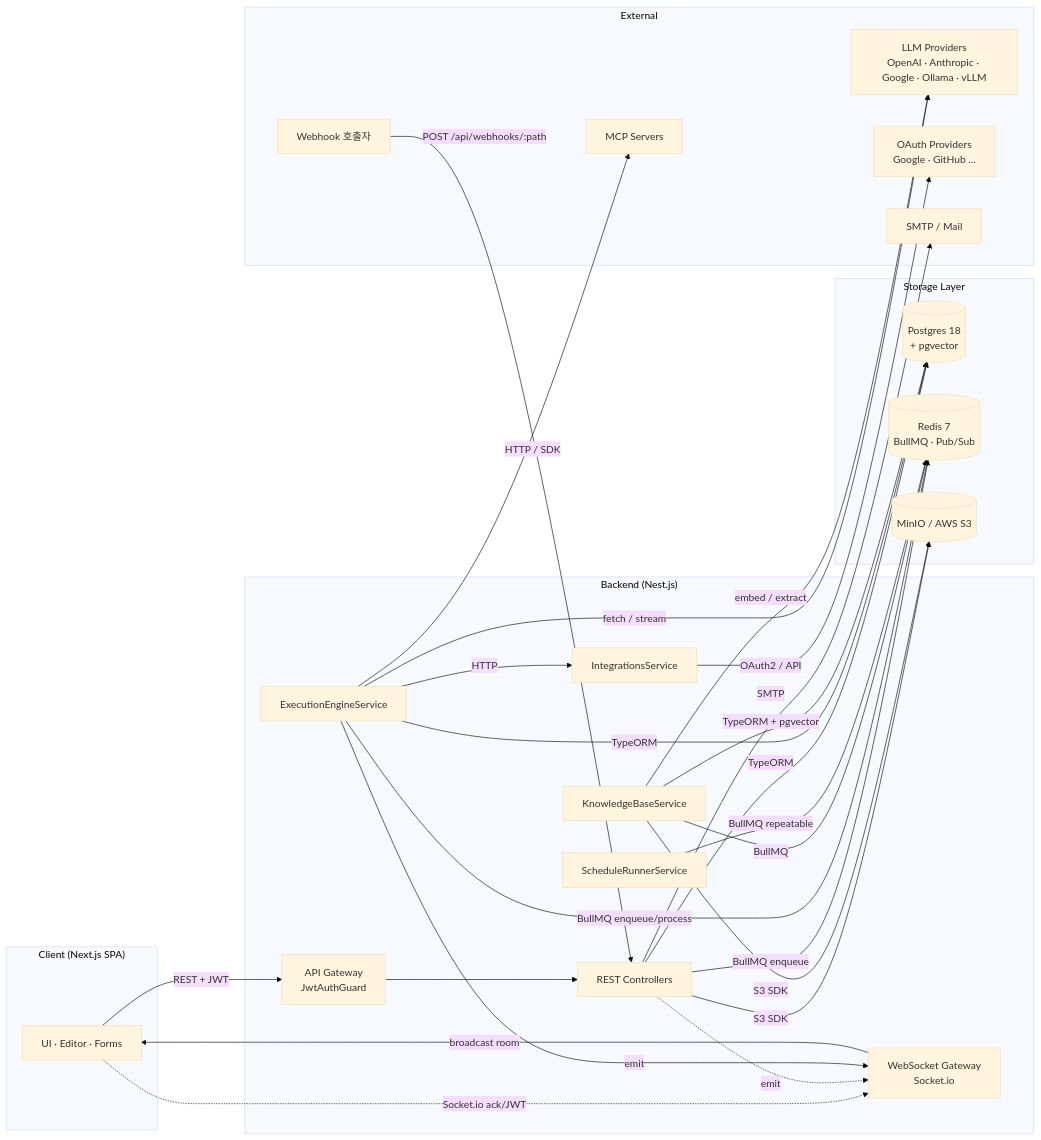
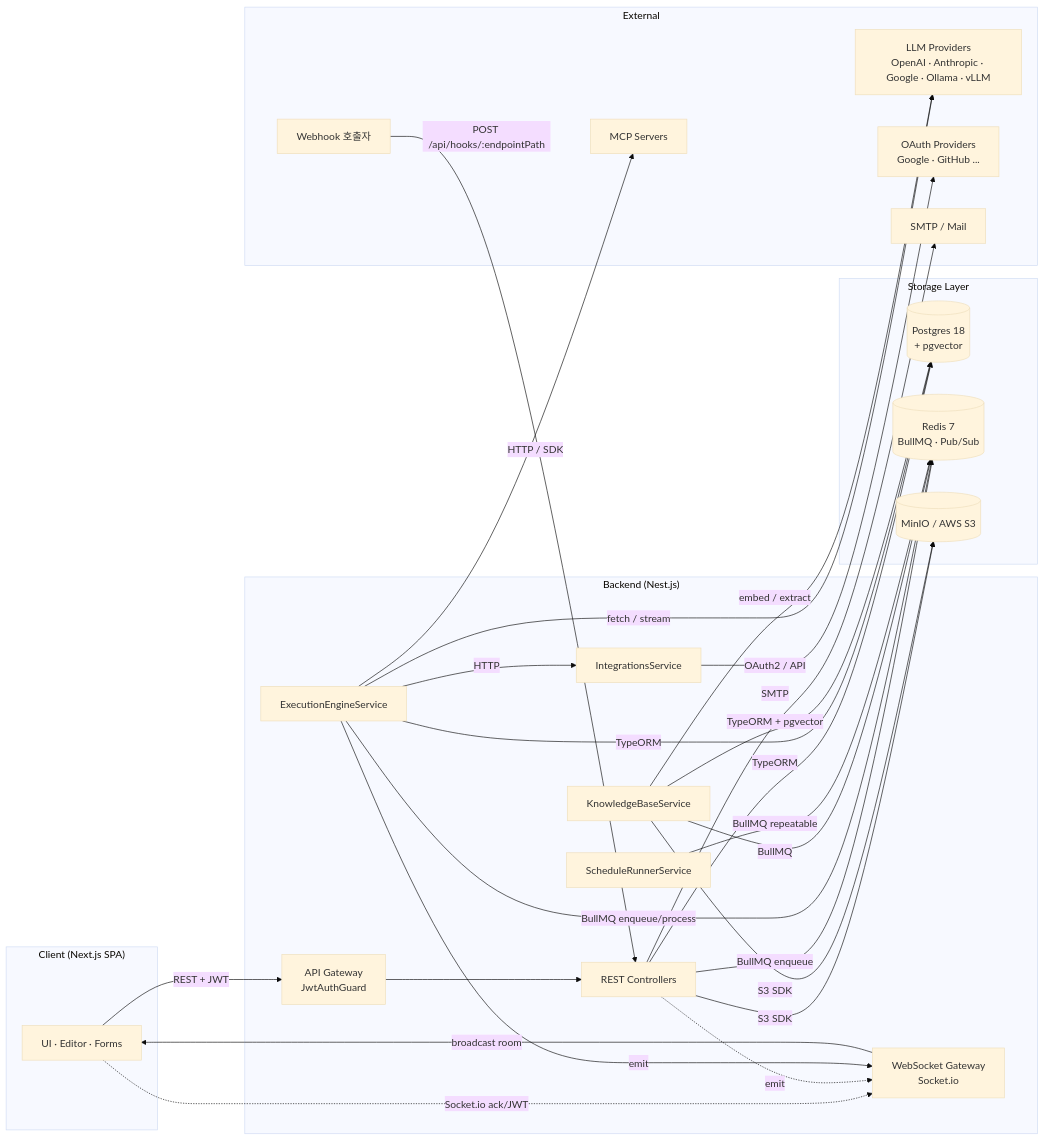
Before and after one commit to worker-ants/clemvion: the diagram in spec/data-flow/0-overview.md, drawn with Mermaid (base theme). The commit also changed 21 other files, not shown here.

````diff
--- a/spec/data-flow/0-overview.md
+++ b/spec/data-flow/0-overview.md
@@ -26,61 +26,61 @@
 ```mermaid
 flowchart LR
   subgraph Client["Client (Next.js SPA)"]
     UI[UI · Editor · Forms]
   end
 
   subgraph Backend["Backend (Nest.js)"]
     GW[API Gateway<br/>JwtAuthGuard]
     APP[REST Controllers]
     WS[WebSocket Gateway<br/>Socket.io]
     ENGINE[ExecutionEngineService]
     KBS[KnowledgeBaseService]
     INTEG[IntegrationsService]
     SCHED[ScheduleRunnerService]
   end
 
   subgraph Storage["Storage Layer"]
     PG[(Postgres 18<br/>+ pgvector)]
     REDIS[(Redis 7<br/>BullMQ · Pub/Sub)]
     S3[(MinIO / AWS S3)]
   end
 
   subgraph External["External"]
     LLM[LLM Providers<br/>OpenAI · Anthropic · Google · Ollama · vLLM]
     OAUTH[OAuth Providers<br/>Google · GitHub ...]
     SMTP[SMTP / Mail]
     MCP[MCP Servers]
     WEBHOOK_IN[Webhook 호출자]
   end
 
   UI -->|REST + JWT| GW
   GW --> APP
   UI -.->|Socket.io ack/JWT| WS
 
-  WEBHOOK_IN -->|POST /api/webhooks/:path| APP
+  WEBHOOK_IN -->|POST /api/hooks/:endpointPath| APP
 
   APP -->|TypeORM| PG
   APP -->|BullMQ enqueue| REDIS
   APP -->|S3 SDK| S3
   APP -.->|emit| WS
 
   ENGINE -->|TypeORM| PG
   ENGINE -->|BullMQ enqueue/process| REDIS
   ENGINE -->|emit| WS
   ENGINE -->|fetch / stream| LLM
   ENGINE -->|HTTP / SDK| MCP
   ENGINE -->|HTTP| INTEG
 
   KBS -->|TypeORM + pgvector| PG
   KBS -->|S3 SDK| S3
   KBS -->|BullMQ| REDIS
   KBS -->|embed / extract| LLM
 
   INTEG -->|OAuth2 / API| OAUTH
 
   SCHED -->|BullMQ repeatable| REDIS
 
   APP -->|SMTP| SMTP
 
   WS -->|broadcast room| UI
 ```
````
